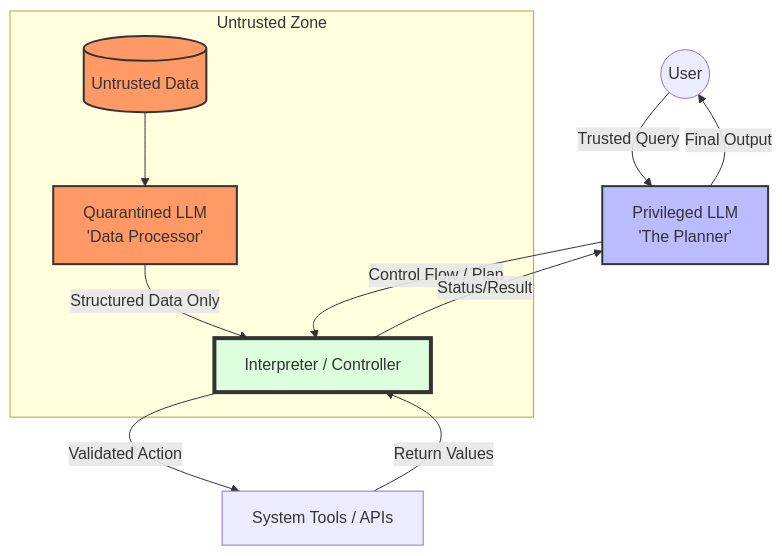
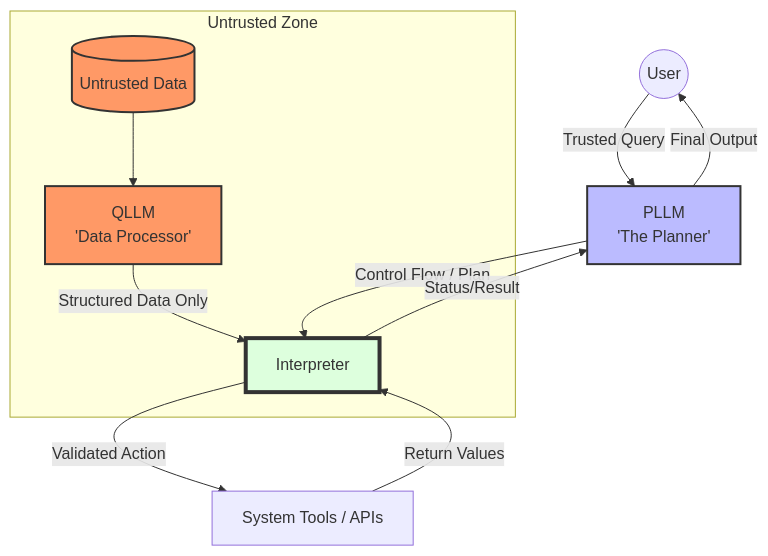
One commit to sequrity-ai/sequrity-api changed the second of 2 diagrams in docs/control/learn/single-vs-dual-llm.md. Above: the diagram before and after it, drawn with Mermaid. The commit also changed other lines of this file and 11 other files, not shown here.

````diff
--- a/docs/control/learn/single-vs-dual-llm.md
+++ b/docs/control/learn/single-vs-dual-llm.md
@@ -48,21 +48,21 @@
 ```mermaid
 
 graph TD
-    User((User)) -- "Trusted Query" --> PLLM[Privileged LLM<br/>'The Planner']
-    PLLM -- "Control Flow / Plan" --> Inter[Interpreter / Controller]
+    User((User)) -- "Trusted Query" --> PLLM[PLLM<br/>'The Planner']
+    PLLM -- "Control Flow / Plan" --> Inter[Interpreter]
 
     subgraph "Untrusted Zone"
-        Data[(Untrusted Data)] --> QLLM[Quarantined LLM<br/>'Data Processor']
+        Data[(Untrusted Data)] --> QLLM[QLLM<br/>'Data Processor']
         QLLM -- "Structured Data Only" --> Inter
     end
 
     Inter -- "Validated Action" --> Tools[System Tools / APIs]
     Tools -- "Return Values" --> Inter
     Inter -- "Status/Result" --> PLLM
     PLLM -- "Final Output" --> User
 
     style Data fill:#f96,stroke:#333,stroke-width:2px
     style QLLM fill:#f96,stroke:#333,stroke-width:2px
     style PLLM fill:#bbf,stroke:#333,stroke-width:2px
     style Inter fill:#dfd,stroke:#333,stroke-width:4px
 ```
````
